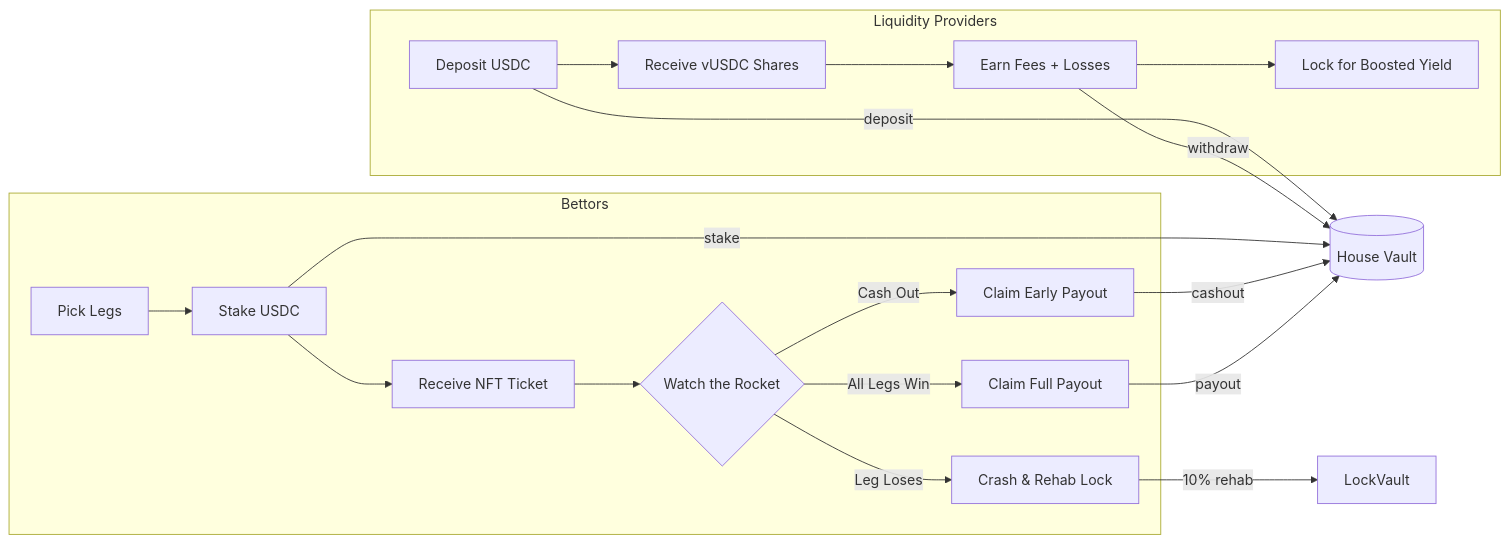
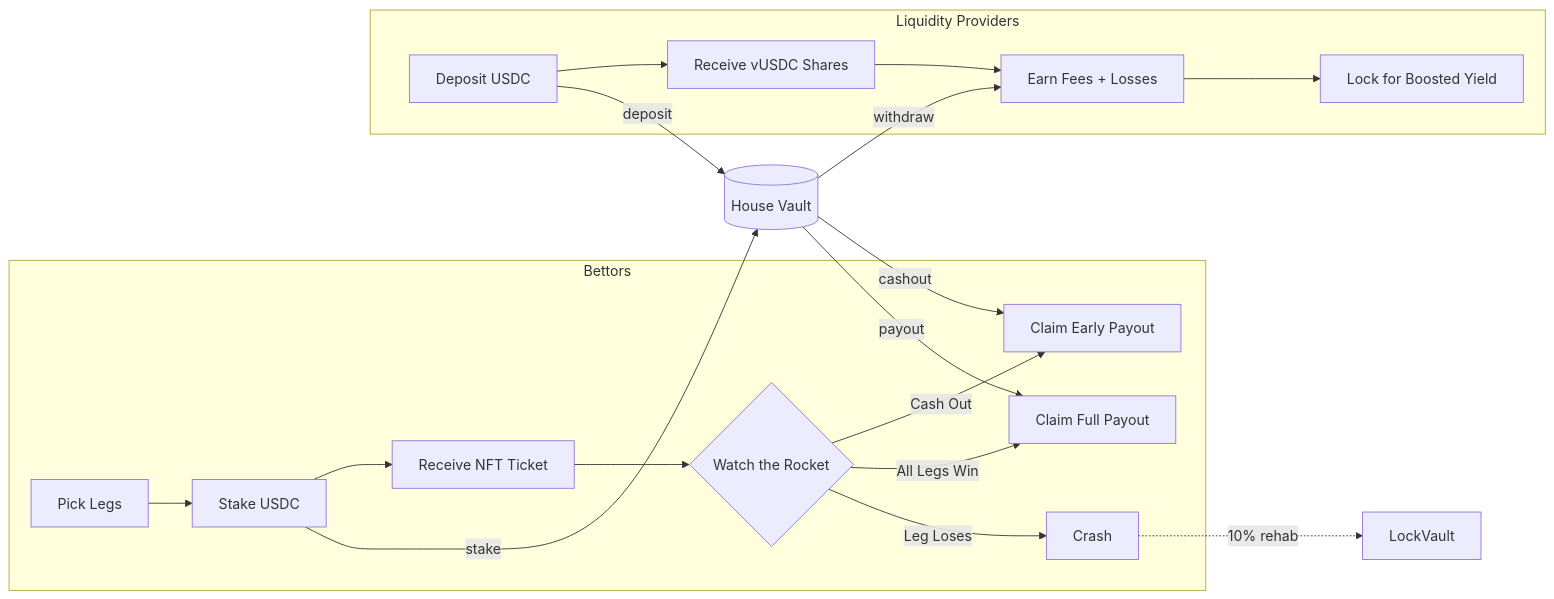
The first of 7 diagrams in README.md (roman-popenov/parlaycity), drawn with Mermaid before and after one commit. The commit also changed other lines of this file, not shown here.

First line of the commit message:
Fix PR #27 review: arrow directions, cashout formula, rehab status

````diff
--- a/README.md
+++ b/README.md
@@ -13,24 +13,24 @@
 ```mermaid
 graph LR
     subgraph Bettors
         A[Pick Legs] --> B[Stake USDC]
         B --> C[Receive NFT Ticket]
         C --> D{Watch the Rocket}
         D -->|Cash Out| E[Claim Early Payout]
         D -->|All Legs Win| F[Claim Full Payout]
-        D -->|Leg Loses| G[Crash & Rehab Lock]
+        D -->|Leg Loses| G[Crash]
     end
 
     subgraph Liquidity Providers
         H[Deposit USDC] --> I[Receive vUSDC Shares]
         I --> J[Earn Fees + Losses]
         J --> K[Lock for Boosted Yield]
     end
 
     B -- stake --> Vault[(House Vault)]
-    E -- cashout --> Vault
-    F -- payout --> Vault
-    G -- 10% rehab --> Lock[LockVault]
+    Vault -- cashout --> E
+    Vault -- payout --> F
+    G -. 10% rehab .-> Lock[LockVault]
     H -- deposit --> Vault
-    J -- withdraw --> Vault
+    Vault -- withdraw --> J
 ```
````
